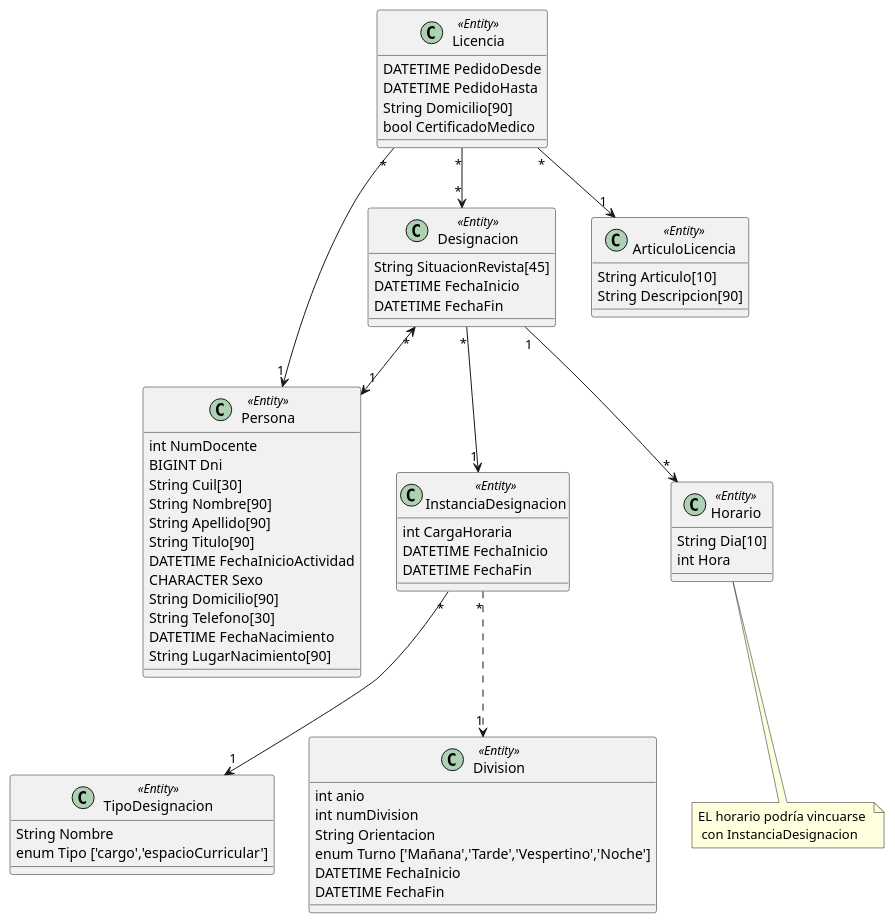
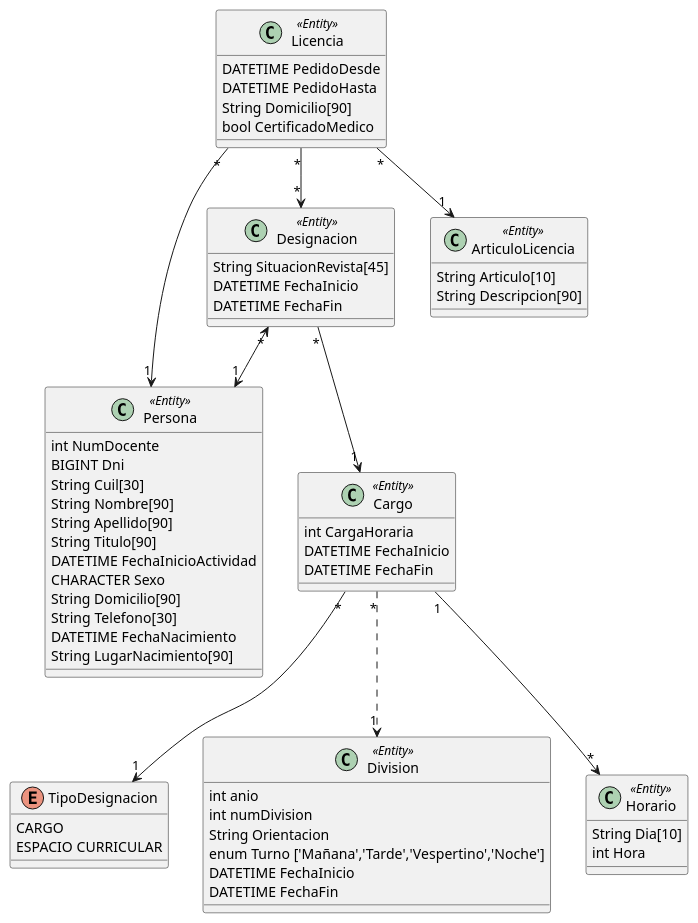
One commit to ivomariezcurrena/MagallanesApp changed the diagram in diagram.pu. Above: the diagram before and after it, drawn with PlantUML.

Commit message:
Replace diagram.pu

```diff
--- a/diagram.pu
+++ b/diagram.pu
@@ -1,74 +1,72 @@
 @startuml
-class TipoDesignacion <<Entity>> {
-  String Nombre
-  enum Tipo ['cargo','espacioCurricular']
+enum TipoDesignacion {
+   CARGO
+   ESPACIO CURRICULAR
 }
 
 class Division <<Entity>> {
   int anio
   int numDivision
   String Orientacion
   enum Turno ['Mañana','Tarde','Vespertino','Noche']
   DATETIME FechaInicio
   DATETIME FechaFin
 }
 
-class InstanciaDesignacion <<Entity>> {
+class Cargo <<Entity>> {
   int CargaHoraria
   DATETIME FechaInicio
   DATETIME FechaFin
 }
 
-InstanciaDesignacion "*" --> "1" TipoDesignacion
-InstanciaDesignacion "*" ..> "1" Division
+Cargo "*" --> "1" TipoDesignacion
+Cargo "*" ..> "1" Division
 
 class Persona <<Entity>> {
   int NumDocente
   BIGINT Dni
   String Cuil[30]
   String Nombre[90]
   String Apellido[90]
   String Titulo[90]
   DATETIME FechaInicioActividad
   CHARACTER Sexo
   String Domicilio[90]
   String Telefono[30]
   DATETIME FechaNacimiento
   String LugarNacimiento[90]
 }
 
 class Designacion <<Entity>> {
   String SituacionRevista[45]
   DATETIME FechaInicio
   DATETIME FechaFin
 }
 
 Designacion "*" <--> "1" Persona
-Designacion "*" --> "1" InstanciaDesignacion
+Designacion "*" --> "1" Cargo
 
 class Horario <<Entity>> {
   String Dia[10]
   int Hora
 }
 
-note bottom of Horario: EL horario podría vincuarse \n con InstanciaDesignacion
-
-Designacion "1" --> "*" Horario
+Cargo "1" --> "*" Horario
 
 class ArticuloLicencia <<Entity>> {
   String Articulo[10]
   String Descripcion[90]
 }
 
 class Licencia <<Entity>> {
   DATETIME PedidoDesde
   DATETIME PedidoHasta
   String Domicilio[90]
   bool CertificadoMedico
 }
 
 Licencia "*" --> "1" Persona
 Licencia "*" --> "1" ArticuloLicencia
 Licencia "*" --> "*" Designacion
 
 @enduml
```
